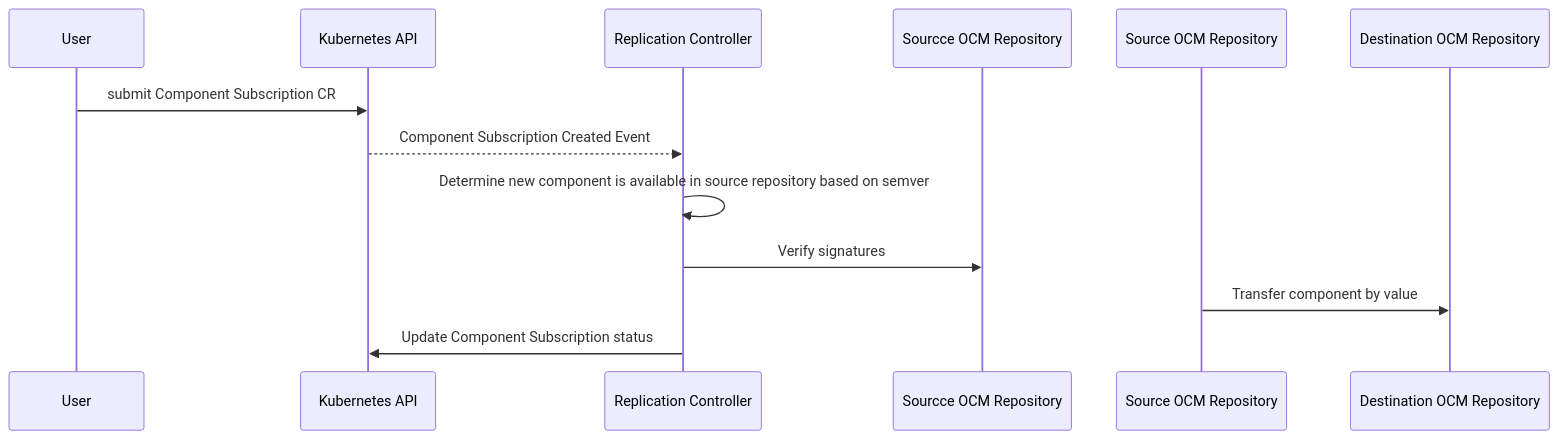
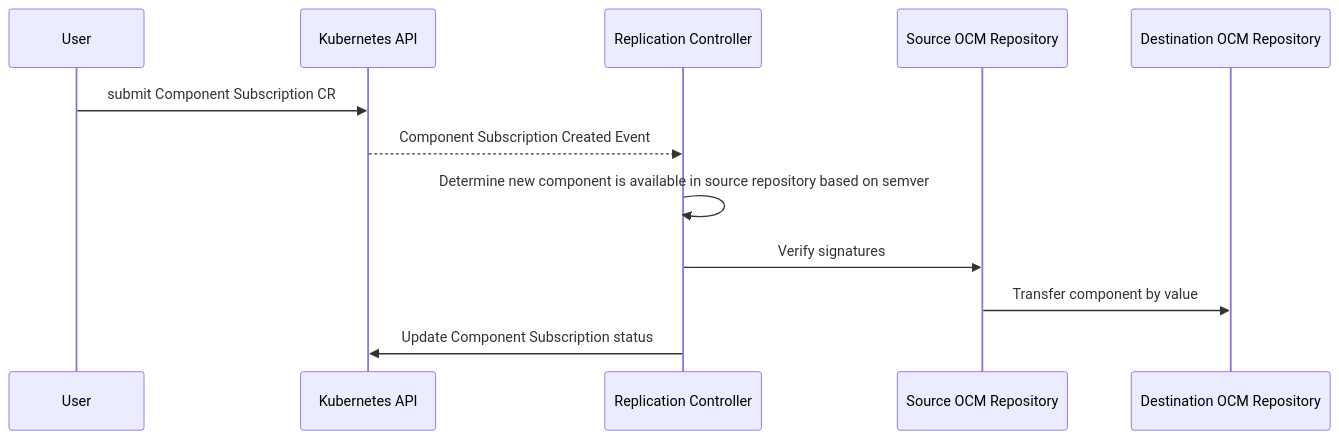
The fifth of 6 diagrams in docs/architecture.md (open-component-model/ocm-controller), drawn with Mermaid before and after one commit. The commit also changed other lines of this file, not shown here.

````diff
--- a/docs/architecture.md
+++ b/docs/architecture.md
@@ -364,9 +391,9 @@
 ```mermaid
 sequenceDiagram
     User->>Kubernetes API: submit Component Subscription CR
     Kubernetes API-->>Replication Controller: Component Subscription Created Event
     Replication Controller->>Replication Controller: Determine new component is available in source repository based on semver
-    Replication Controller->>Sourcce OCM Repository: Verify signatures 
+    Replication Controller->>Source OCM Repository: Verify signatures 
     Source OCM Repository->>Destination OCM Repository: Transfer component by value
     Replication Controller->>Kubernetes API: Update Component Subscription status
 ```
````
